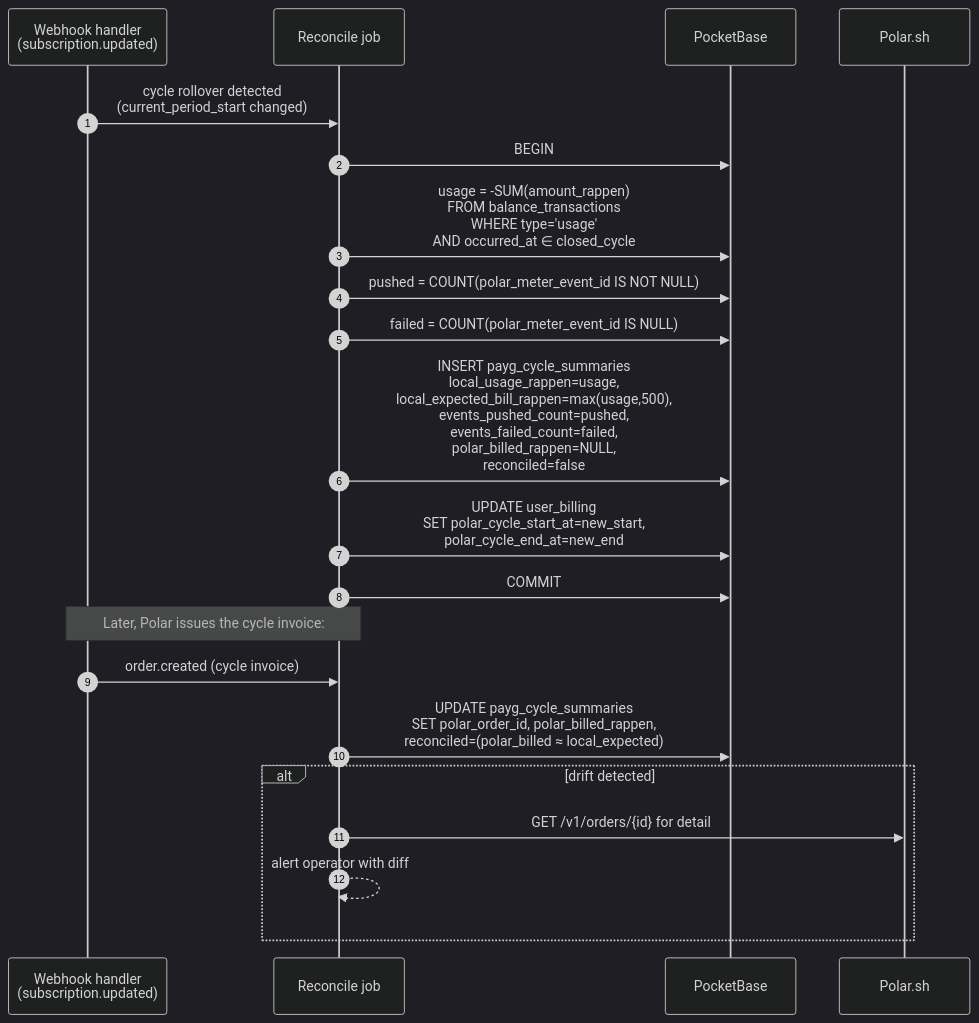
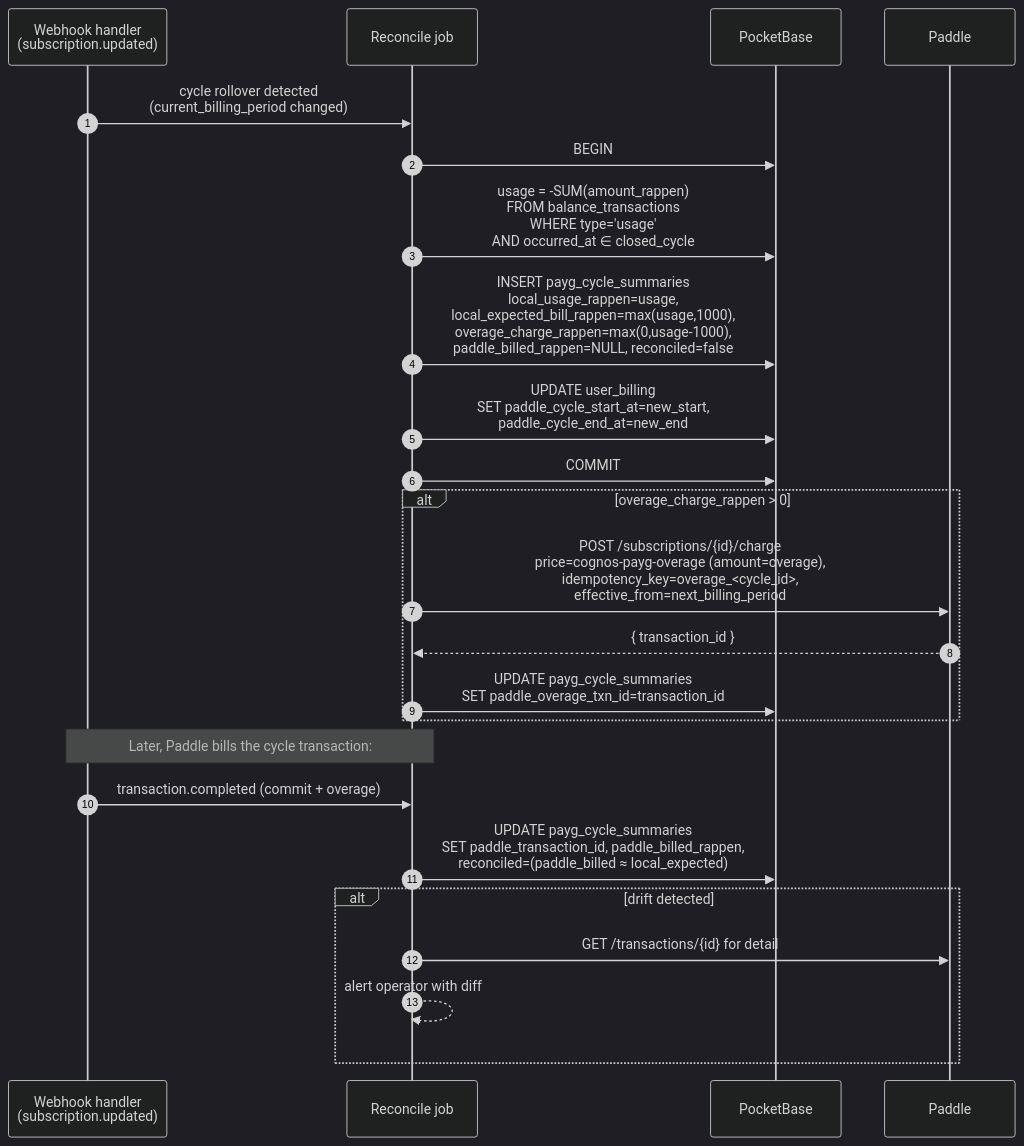
One commit to cognos-io/chat.cognos.io changed the seventh of 7 diagrams in docs/specs/billing.md. Above: the diagram before and after it, drawn with Mermaid (dark theme). The commit also changed other lines of this file, not shown here.

Commit message:
docs: update billing spec

````diff
--- a/docs/specs/billing.md
+++ b/docs/specs/billing.md
@@ -809,25 +805,28 @@
 ```mermaid
 sequenceDiagram
     autonumber
     participant W as Webhook handler<br/>(subscription.updated)
     participant R as Reconcile job
     participant DB as PocketBase
-    participant P as Polar.sh
+    participant P as Paddle
 
-    W->>R: cycle rollover detected<br/>(current_period_start changed)
+    W->>R: cycle rollover detected<br/>(current_billing_period changed)
     R->>DB: BEGIN
     R->>DB: usage = -SUM(amount_rappen)<br/>FROM balance_transactions<br/>WHERE type='usage'<br/>AND occurred_at ∈ closed_cycle
-    R->>DB: pushed   = COUNT(polar_meter_event_id IS NOT NULL)
-    R->>DB: failed   = COUNT(polar_meter_event_id IS NULL)
-    R->>DB: INSERT payg_cycle_summaries<br/>local_usage_rappen=usage,<br/>local_expected_bill_rappen=max(usage,500),<br/>events_pushed_count=pushed,<br/>events_failed_count=failed,<br/>polar_billed_rappen=NULL,<br/>reconciled=false
-    R->>DB: UPDATE user_billing<br/>SET polar_cycle_start_at=new_start,<br/>polar_cycle_end_at=new_end
+    R->>DB: INSERT payg_cycle_summaries<br/>local_usage_rappen=usage,<br/>local_expected_bill_rappen=max(usage,1000),<br/>overage_charge_rappen=max(0,usage-1000),<br/>paddle_billed_rappen=NULL, reconciled=false
+    R->>DB: UPDATE user_billing<br/>SET paddle_cycle_start_at=new_start,<br/>paddle_cycle_end_at=new_end
     R->>DB: COMMIT
+    alt overage_charge_rappen > 0
+        R->>P: POST /subscriptions/{id}/charge<br/>price=cognos-payg-overage (amount=overage),<br/>idempotency_key=overage_<cycle_id>,<br/>effective_from=next_billing_period
+        P-->>R: { transaction_id }
+        R->>DB: UPDATE payg_cycle_summaries<br/>SET paddle_overage_txn_id=transaction_id
+    end
 
-    Note over W,R: Later, Polar issues the cycle invoice:
-    W->>R: order.created (cycle invoice)
-    R->>DB: UPDATE payg_cycle_summaries<br/>SET polar_order_id, polar_billed_rappen,<br/>reconciled=(polar_billed ≈ local_expected)
+    Note over W,R: Later, Paddle bills the cycle transaction:
+    W->>R: transaction.completed (commit + overage)
+    R->>DB: UPDATE payg_cycle_summaries<br/>SET paddle_transaction_id, paddle_billed_rappen,<br/>reconciled=(paddle_billed ≈ local_expected)
     alt drift detected
-        R->>P: GET /v1/orders/{id} for detail
+        R->>P: GET /transactions/{id} for detail
         R-->>R: alert operator with diff
     end
 ```
````
